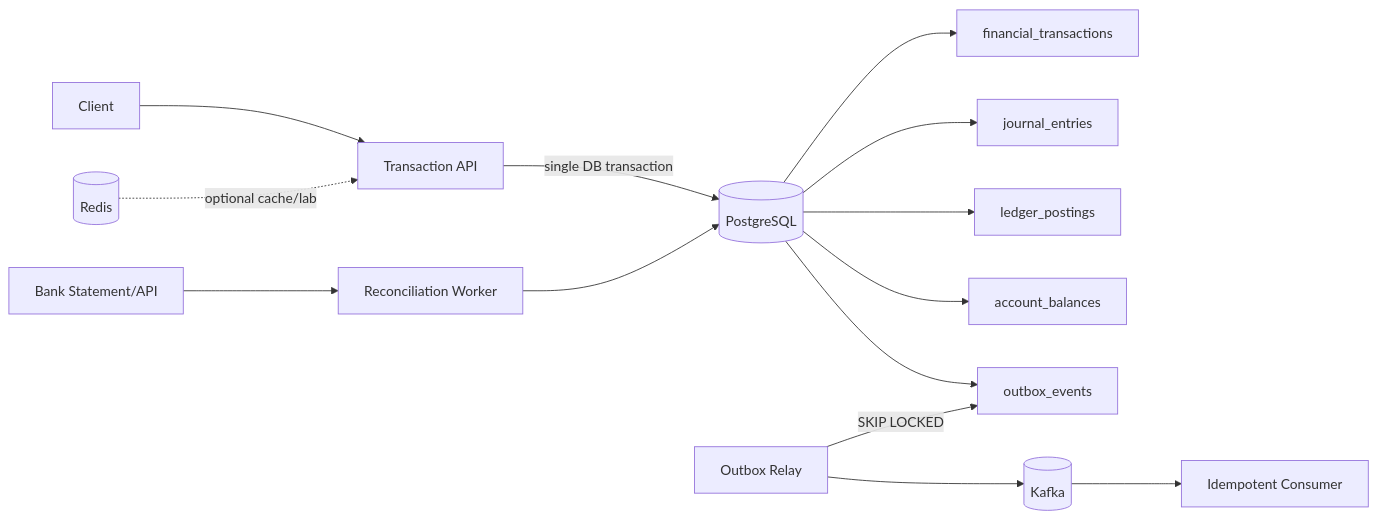
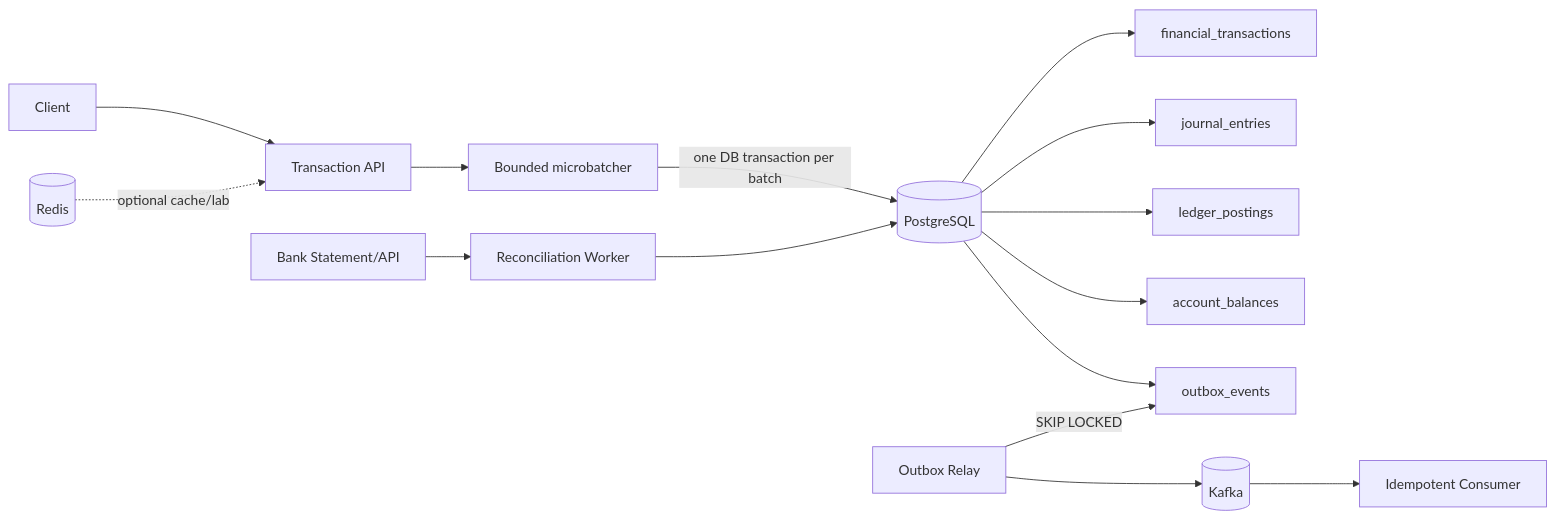
The diagram in README.md (DanLivassan/node-financial-5000-tps-spec), drawn with Mermaid before and after one commit. The commit also changed other lines of this file and 12 other files, not shown here.

````diff
--- a/README.md
+++ b/README.md
@@ -17,16 +17,17 @@
 ```mermaid
 flowchart LR
     Client --> API[Transaction API]
-    API -->|single DB transaction| PG[(PostgreSQL)]
+    API --> MB[Bounded microbatcher]
+    MB -->|one DB transaction per batch| PG[(PostgreSQL)]
     PG --> TX[financial_transactions]
     PG --> JE[journal_entries]
     PG --> LP[ledger_postings]
     PG --> BAL[account_balances]
     PG --> OB[outbox_events]
     Relay[Outbox Relay] -->|SKIP LOCKED| OB
     Relay --> Kafka[(Kafka)]
     Kafka --> Consumer[Idempotent Consumer]
     Bank[Bank Statement/API] --> Recon[Reconciliation Worker]
     Recon --> PG
     Redis[(Redis)] -. optional cache/lab .-> API
 ```
````
